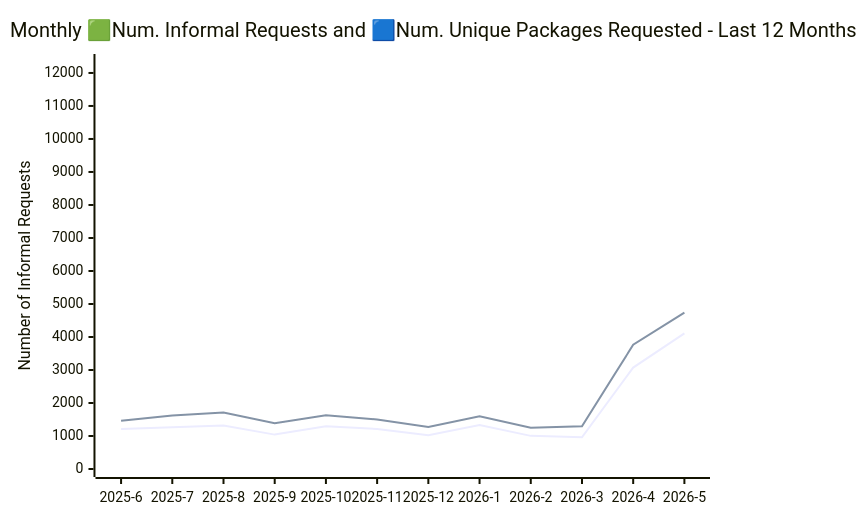
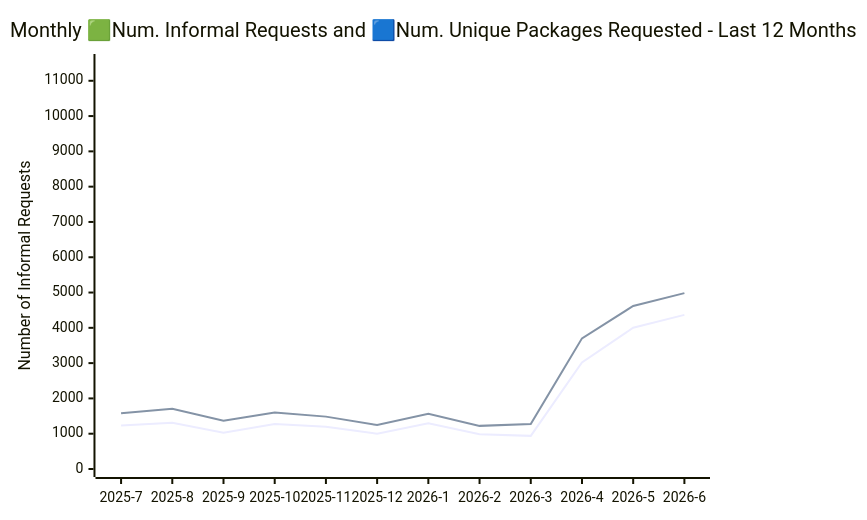
One commit to open-data/analytics-corporate-reporting changed the diagram in ATI_INFORMAL_REPORT/readme.md. Above: the diagram before and after it, drawn with Mermaid. The commit also changed other lines of this file and 5 other files, not shown here.

````diff
--- a/ATI_INFORMAL_REPORT/readme.md
+++ b/ATI_INFORMAL_REPORT/readme.md
@@ -17,11 +17,11 @@
 ```mermaid
 
 xychart-beta
     title "Monthly 🟩Num. Informal Requests and 🟦Num. Unique Packages Requested - Last 12 Months"
-    x-axis [2025-6, 2025-7, 2025-8, 2025-9, 2025-10, 2025-11, 2025-12, 2026-1, 2026-2, 2026-3, 2026-4, 2026-5]
-    y-axis "Unique Packages" 0 --> 9420
-    y-axis "Number of Informal Requests" 0 --> 12332
+    x-axis [2025-7, 2025-8, 2025-9, 2025-10, 2025-11, 2025-12, 2026-1, 2026-2, 2026-3, 2026-4, 2026-5, 2026-6]
+    y-axis "Unique Packages" 0 --> 8955
+    y-axis "Number of Informal Requests" 0 --> 11532
 
-    line [1210, 1266, 1315, 1042, 1297, 1212, 1022, 1329, 1004, 960, 3073, 4108]
-    line [1460, 1618, 1714, 1388, 1632, 1503, 1270, 1600, 1247, 1298, 3764, 4740]
+    line [1233, 1308, 1026, 1274, 1194, 999, 1295, 983, 939, 3021, 4001, 4367]
+    line [1581, 1706, 1365, 1603, 1484, 1246, 1563, 1222, 1275, 3702, 4618, 4984]
 ```
````
